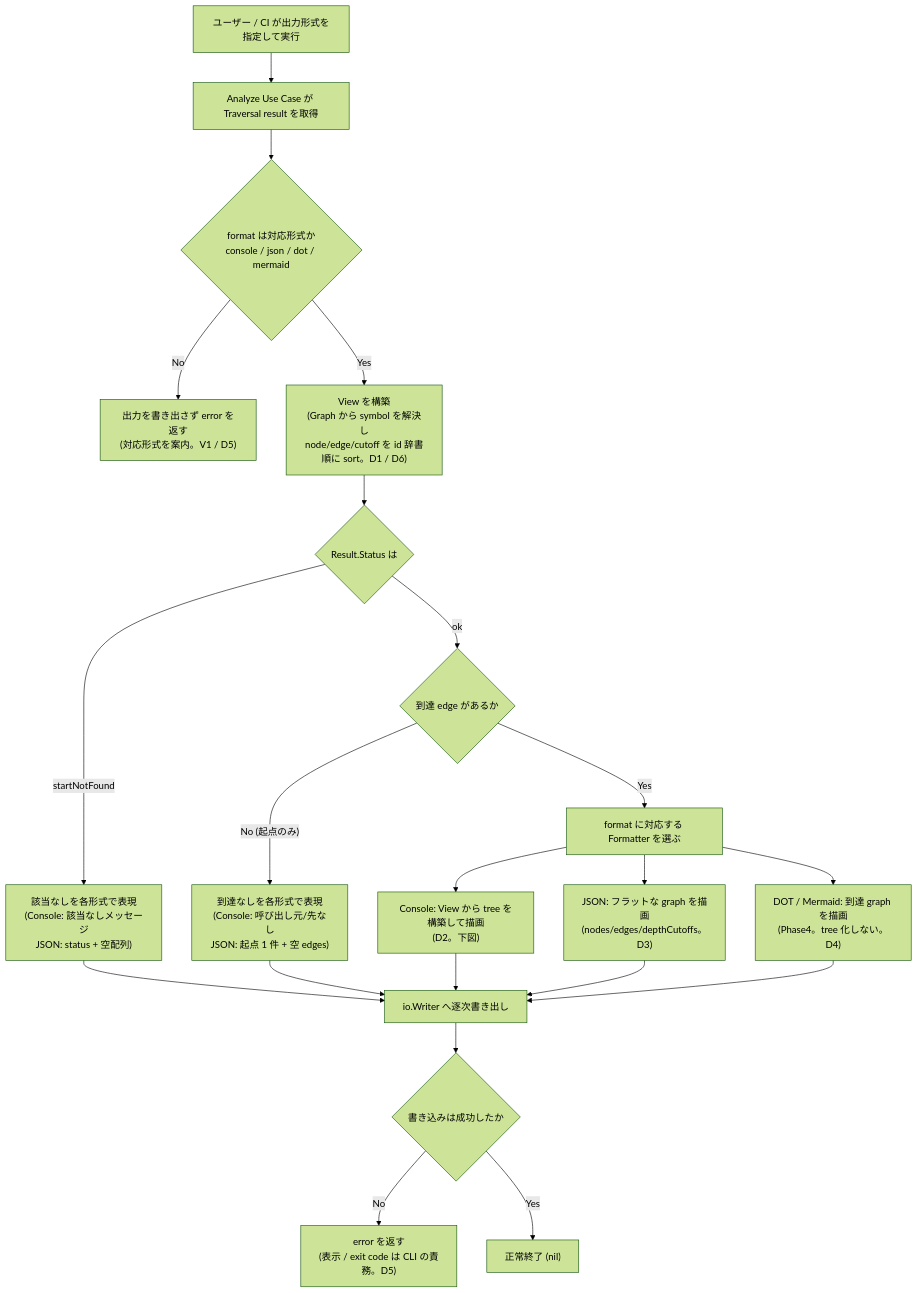
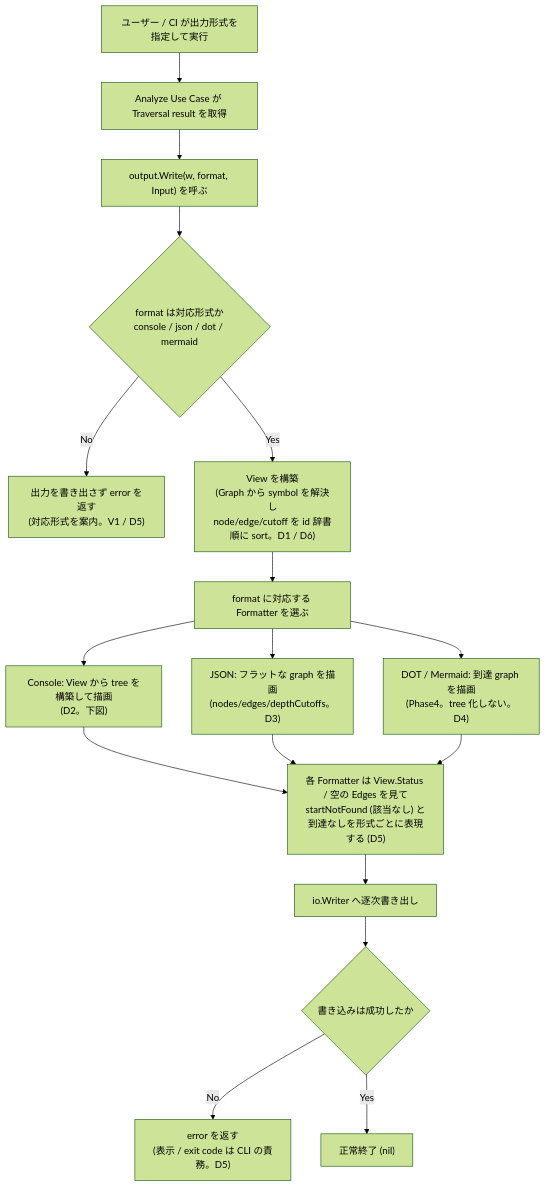
The first of 3 diagrams in specs/7-output/index.md (Fukuemon/depwalk), drawn with Mermaid (forest theme) before and after one commit. The commit also changed other lines of this file and 1 other file, not shown here.

Commit message:
docs(spec): diagram gate の指摘に対応し output.Write entry point を追加 #7

````diff
--- a/specs/7-output/index.md
+++ b/specs/7-output/index.md
@@ -578,23 +605,19 @@
 ```mermaid
 flowchart TD
     A["ユーザー / CI が出力形式を指定して実行"] --> B["Analyze Use Case が Traversal result を取得"]
-    B --> C{"format は対応形式か<br/>console / json / dot / mermaid"}
-    C -- "No" --> D["出力を書き出さず error を返す<br/>(対応形式を案内。V1 / D5)"]
-    C -- "Yes" --> E["View を構築<br/>(Graph から symbol を解決し<br/>node/edge/cutoff を id 辞書順に sort。D1 / D6)"]
-    E --> F{"Result.Status は"}
-    F -- "startNotFound" --> G["該当なしを各形式で表現<br/>(Console: 該当なしメッセージ<br/>JSON: status + 空配列)"]
-    F -- "ok" --> H{"到達 edge があるか"}
-    H -- "No (起点のみ)" --> I["到達なしを各形式で表現<br/>(Console: 呼び出し元/先なし<br/>JSON: 起点 1 件 + 空 edges)"]
-    H -- "Yes" --> J["format に対応する Formatter を選ぶ"]
-    J --> K["Console: View から tree を構築して描画<br/>(D2。下図)"]
-    J --> L["JSON: フラットな graph を描画<br/>(nodes/edges/depthCutoffs。D3)"]
-    J --> M["DOT / Mermaid: 到達 graph を描画<br/>(Phase4。tree 化しない。D4)"]
-    G --> N["io.Writer へ逐次書き出し"]
-    I --> N
-    K --> N
-    L --> N
-    M --> N
-    N --> O{"書き込みは成功したか"}
-    O -- "No" --> P["error を返す<br/>(表示 / exit code は CLI の責務。D5)"]
-    O -- "Yes" --> Q["正常終了 (nil)"]
+    B --> C["output.Write(w, format, Input) を呼ぶ"]
+    C --> D{"format は対応形式か<br/>console / json / dot / mermaid"}
+    D -- "No" --> E["出力を書き出さず error を返す<br/>(対応形式を案内。V1 / D5)"]
+    D -- "Yes" --> F["View を構築<br/>(Graph から symbol を解決し<br/>node/edge/cutoff を id 辞書順に sort。D1 / D6)"]
+    F --> G["format に対応する Formatter を選ぶ"]
+    G --> H["Console: View から tree を構築して描画<br/>(D2。下図)"]
+    G --> I["JSON: フラットな graph を描画<br/>(nodes/edges/depthCutoffs。D3)"]
+    G --> J["DOT / Mermaid: 到達 graph を描画<br/>(Phase4。tree 化しない。D4)"]
+    H --> K["各 Formatter は View.Status / 空の Edges を見て<br/>startNotFound (該当なし) と<br/>到達なしを形式ごとに表現する (D5)"]
+    I --> K
+    J --> K
+    K --> L["io.Writer へ逐次書き出し"]
+    L --> M{"書き込みは成功したか"}
+    M -- "No" --> N["error を返す<br/>(表示 / exit code は CLI の責務。D5)"]
+    M -- "Yes" --> O["正常終了 (nil)"]
 ```
````
